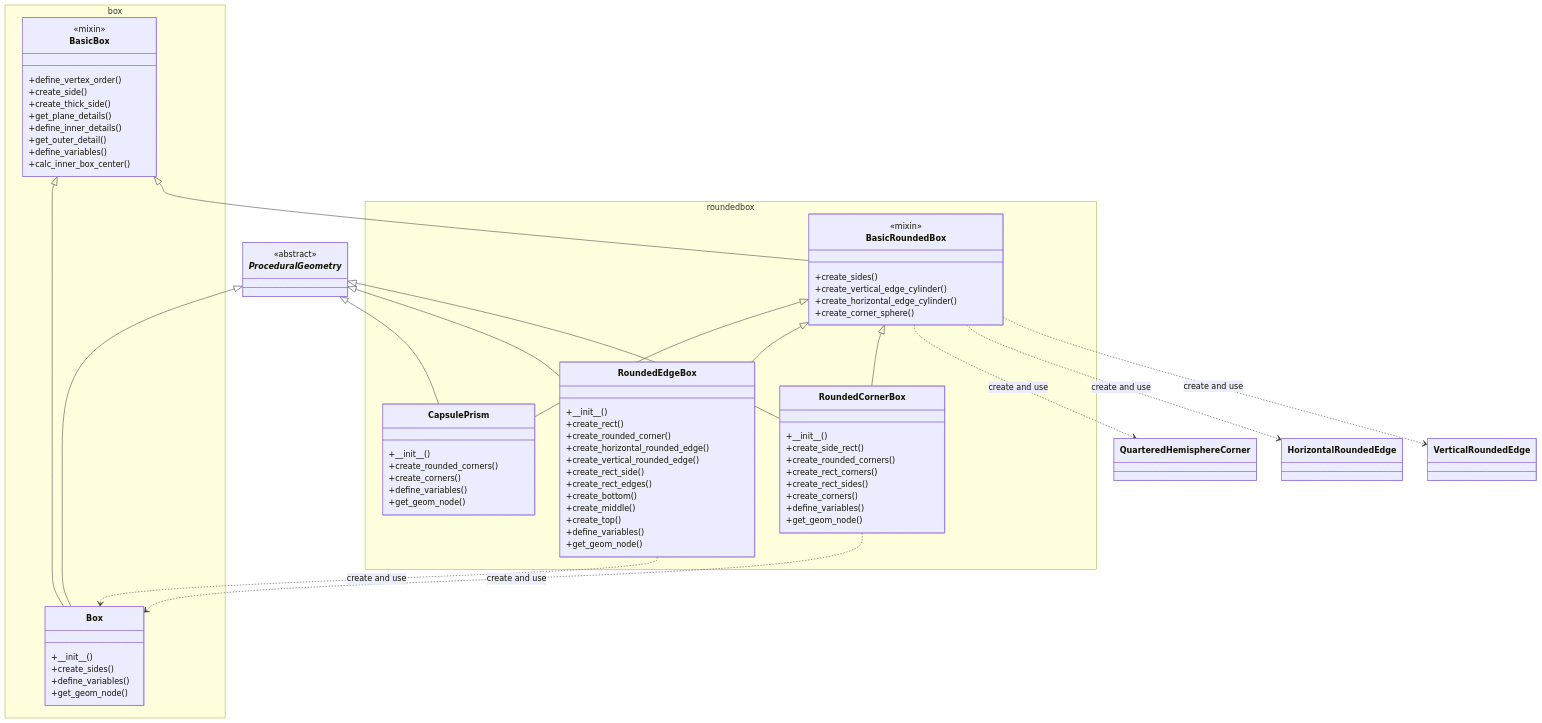
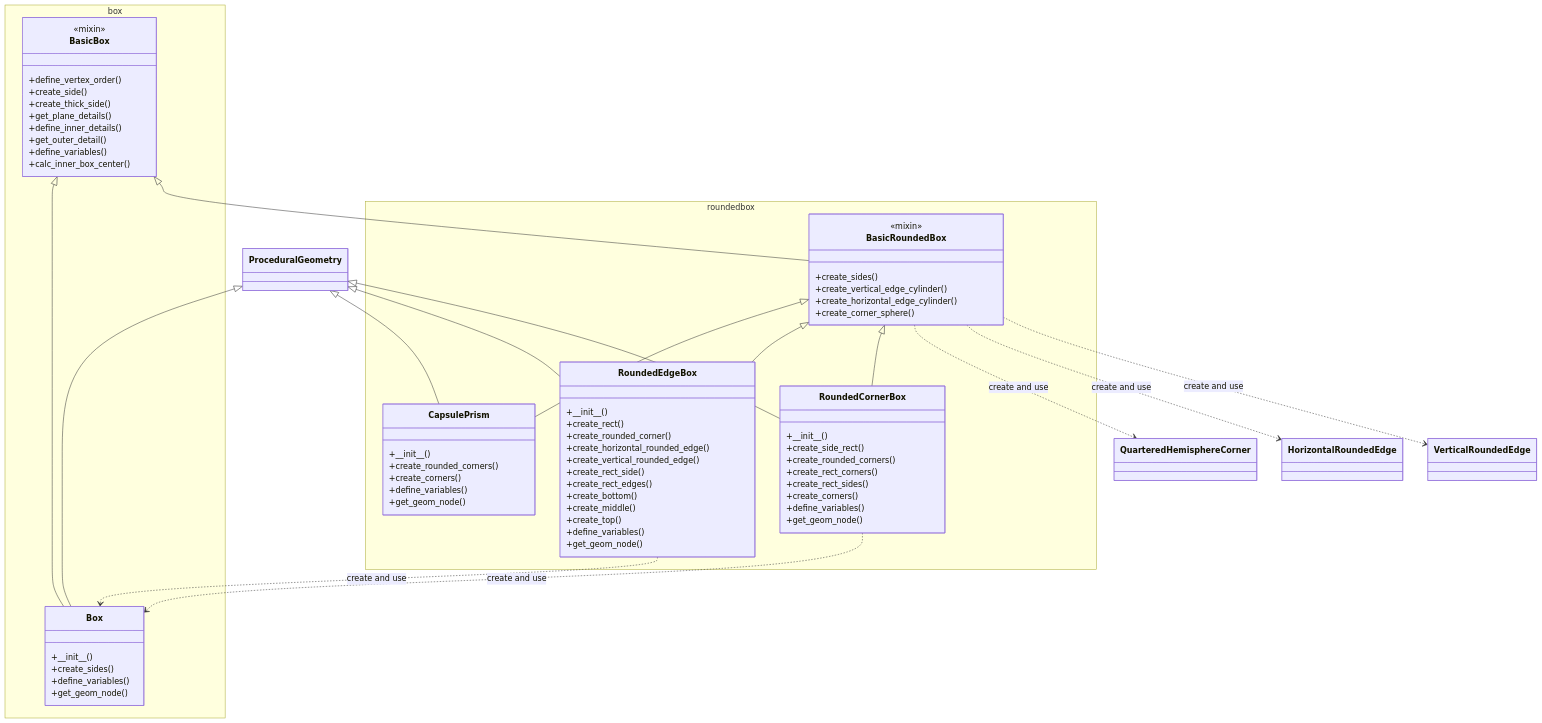
The third of 7 diagrams in README.md (taKana671/shapes), drawn with Mermaid before and after one commit. The commit also changed other lines of this file, not shown here.

````diff
--- a/README.md
+++ b/README.md
@@ -245,8 +251,7 @@
 ```mermaid
 classDiagram
+  class ProceduralGeometry{
 
-  class _ProceduralGeometry_{
-    <<abstract>>
   }
 
   namespace box {
@@ -320,18 +325,18 @@
   BasicRoundedBox ..> HorizontalRoundedEdge : create and use
   BasicRoundedBox ..> QuarteredHemisphereCorner : create and use
 
-  _ProceduralGeometry_ <|-- RoundedCornerBox
+  ProceduralGeometry <|-- RoundedCornerBox
   BasicRoundedBox <|-- RoundedCornerBox
   RoundedCornerBox ..> Box : create and use
 
-  _ProceduralGeometry_ <|-- RoundedEdgeBox
+  ProceduralGeometry <|-- RoundedEdgeBox
   BasicRoundedBox <|-- RoundedEdgeBox
   RoundedEdgeBox ..> Box : create and use
 
-  _ProceduralGeometry_ <|-- CapsulePrism
+  ProceduralGeometry <|-- CapsulePrism
   BasicRoundedBox <|-- CapsulePrism
 
-  _ProceduralGeometry_ <|-- Box
+  ProceduralGeometry <|-- Box
   BasicBox <|-- Box
 
 ```
````
